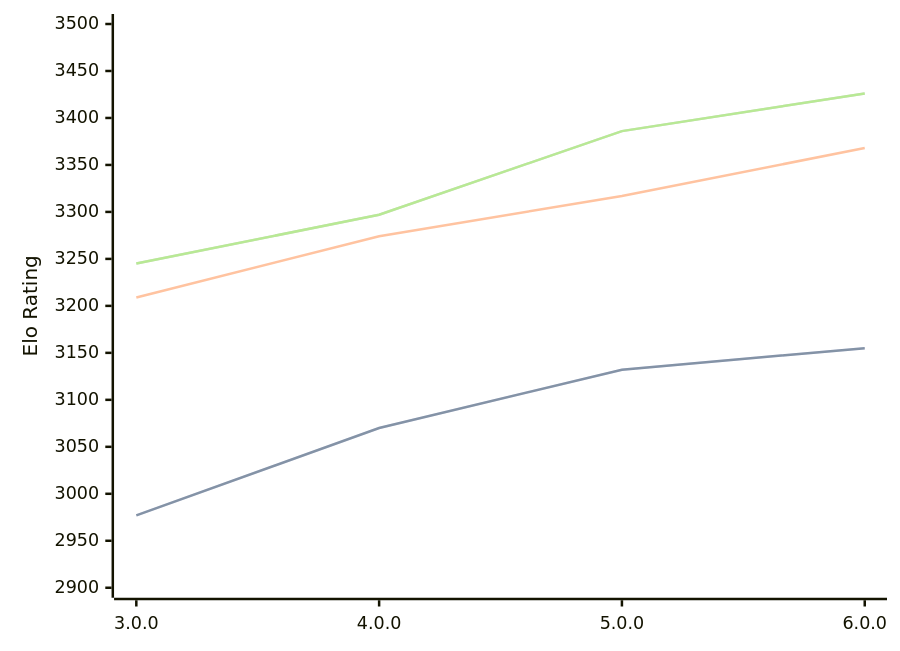
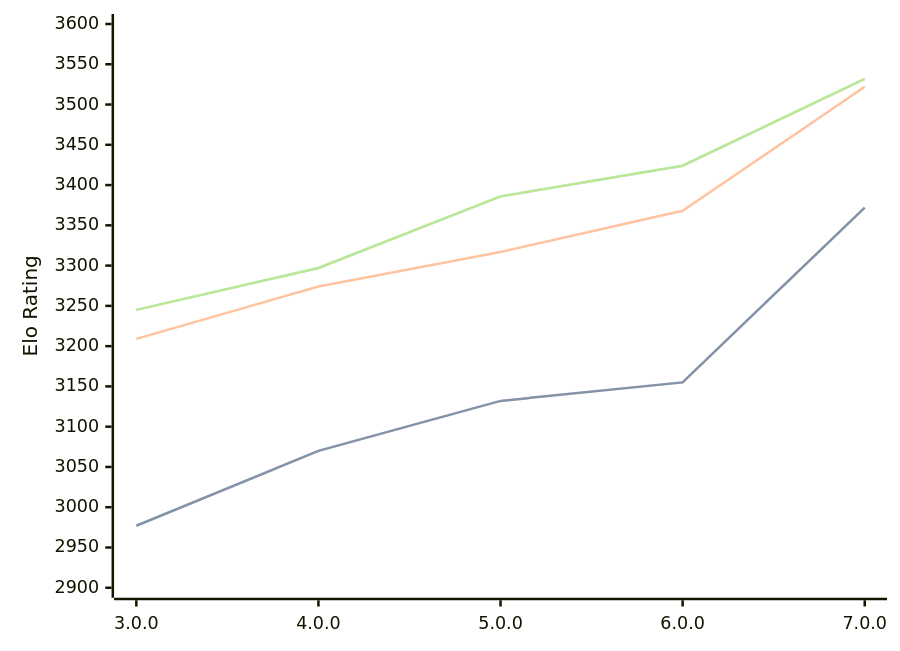
One commit to computer-chess-index/cci changed the diagram in engines/Minke.md. Above: the diagram before and after it, drawn with Mermaid. The commit also changed other lines of this file, not shown here.

Commit message:
Update CCI Ratings (ELO VLTC) - 2026-08-28

````diff
--- a/engines/Minke.md
+++ b/engines/Minke.md
@@ -35,11 +35,11 @@
 ```mermaid
 %%{init: {"theme":"base","themeVariables":{"seriesColors:['#a3a3a3','#222221','#faa371']}}}%%
 xychart-beta
-  x-axis ["3.0.0", "4.0.0", "5.0.0", "6.0.0"]
-  y-axis "Elo Rating" 2900 --> 3500
-  line "" [2977, 3070, 3132, 3155]
-  line "STC (8.0+0.08s)" [2977, 3070, 3132, 3155]
-  line "LTC (60.0+0.60s)" [3209, 3274, 3317, 3368]
-  line "" [3245, 3297, 3386, 3426]
-  line "VLTC (2m24s+1.12s)" [3245, 3297, 3386, 3426]
+  x-axis ["3.0.0", "4.0.0", "5.0.0", "6.0.0", "7.0.0"]
+  y-axis "Elo Rating" 2900 --> 3600
+  line "" [2977, 3070, 3132, 3155, 3372]
+  line "STC (8.0+0.08s)" [2977, 3070, 3132, 3155, 3372]
+  line "LTC (60.0+0.60s)" [3209, 3274, 3317, 3368, 3522]
+  line "" [3245, 3297, 3386, 3424, 3532]
+  line "VLTC (2m24s+1.12s)" [3245, 3297, 3386, 3424, 3532]
 ```
````
